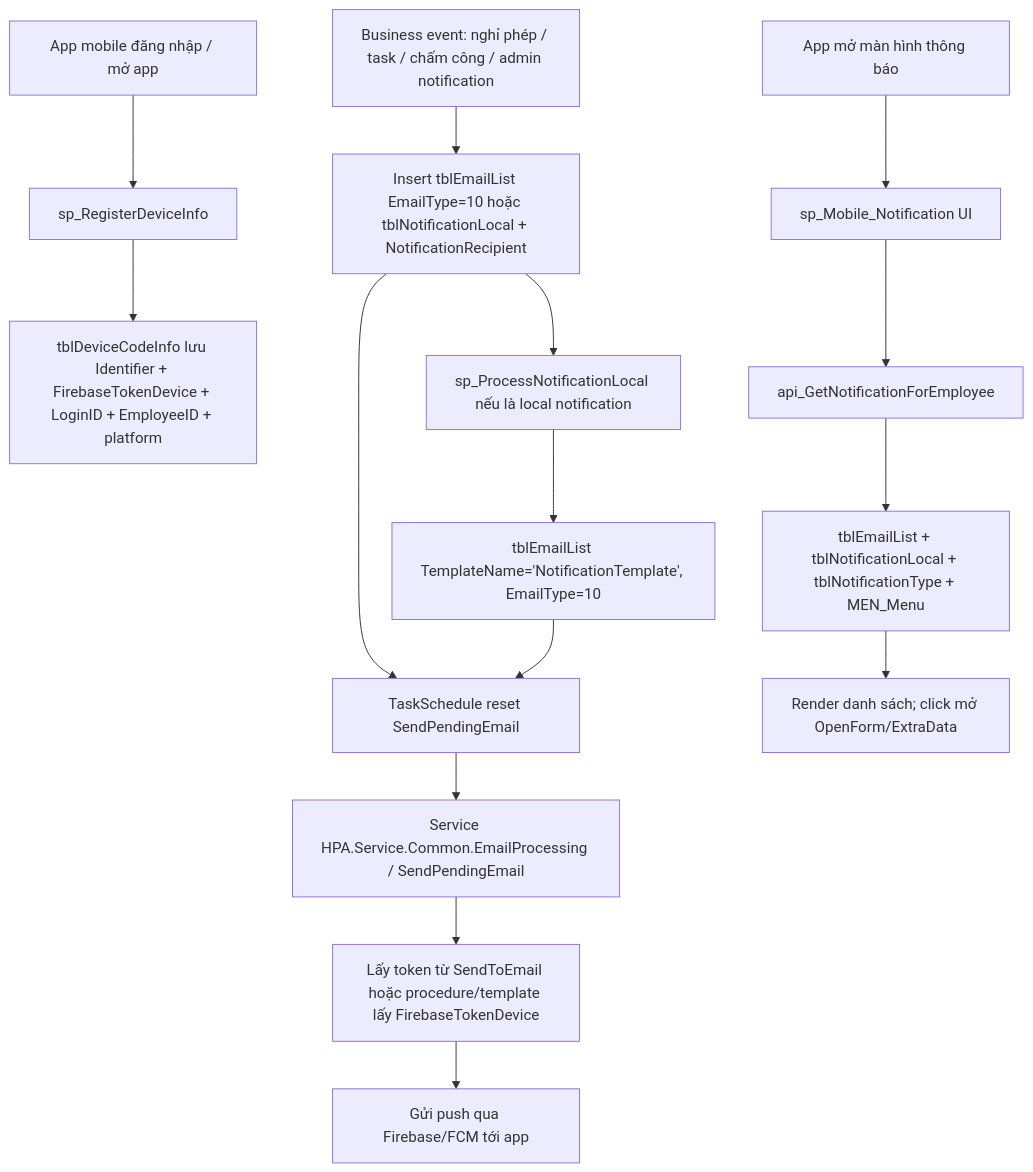
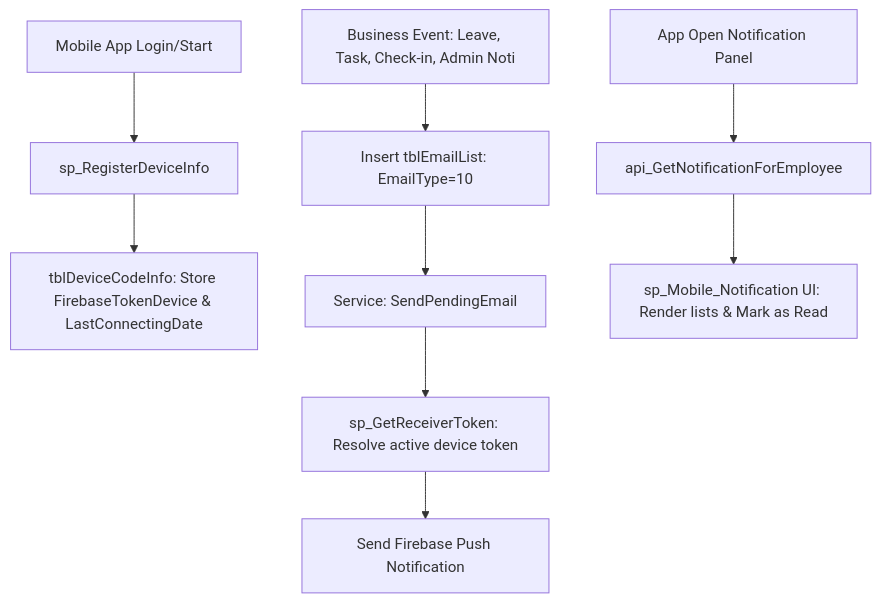
Before and after one commit to TranDaiHuu09072004/VietinsoftWork: the diagram in Knowledge/16_mobile_notification.md, drawn with Mermaid. The commit also changed other lines of this file and 43 other files, not shown here.

````diff
--- a/Knowledge/16_mobile_notification.md
+++ b/Knowledge/16_mobile_notification.md
@@ -357,19 +7,11 @@
 ```mermaid
 flowchart TD
-    A[App mobile đăng nhập / mở app] --> B[sp_RegisterDeviceInfo]
-    B --> C[tblDeviceCodeInfo lưu Identifier + FirebaseTokenDevice + LoginID + EmployeeID + platform]
-
-    D[Business event: nghỉ phép / task / chấm công / admin notification] --> E[Insert tblEmailList EmailType=10 hoặc tblNotificationLocal + NotificationRecipient]
-    E --> F[sp_ProcessNotificationLocal nếu là local notification]
-    F --> G[tblEmailList TemplateName='NotificationTemplate', EmailType=10]
-    E --> H[TaskSchedule reset SendPendingEmail]
-    G --> H
-    H --> I[Service HPA.Service.Common.EmailProcessing / SendPendingEmail]
-    I --> J[Lấy token từ SendToEmail hoặc procedure/template lấy FirebaseTokenDevice]
-    J --> K[Gửi push qua Firebase/FCM tới app]
-
-    L[App mở màn hình thông báo] --> M[sp_Mobile_Notification UI]
-    M --> N[api_GetNotificationForEmployee]
-    N --> O[tblEmailList + tblNotificationLocal + tblNotificationType + MEN_Menu]
-    O --> P[Render danh sách; click mở OpenForm/ExtraData]
+    App[Mobile App Login/Start] --> Reg[sp_RegisterDeviceInfo]
+    Reg --> Device[tblDeviceCodeInfo: Store FirebaseTokenDevice & LastConnectingDate]
+    Event[Business Event: Leave, Task, Check-in, Admin Noti] --> Queue[Insert tblEmailList: EmailType=10]
+    Queue --> Service[Service: SendPendingEmail]
+    Service --> GetToken[sp_GetReceiverToken: Resolve active device token]
+    GetToken --> Push[Send Firebase Push Notification]
+    AppOpen[App Open Notification Panel] --> Feed[api_GetNotificationForEmployee]
+    Feed --> Render[sp_Mobile_Notification UI: Render lists & Mark as Read]
 ```
````
